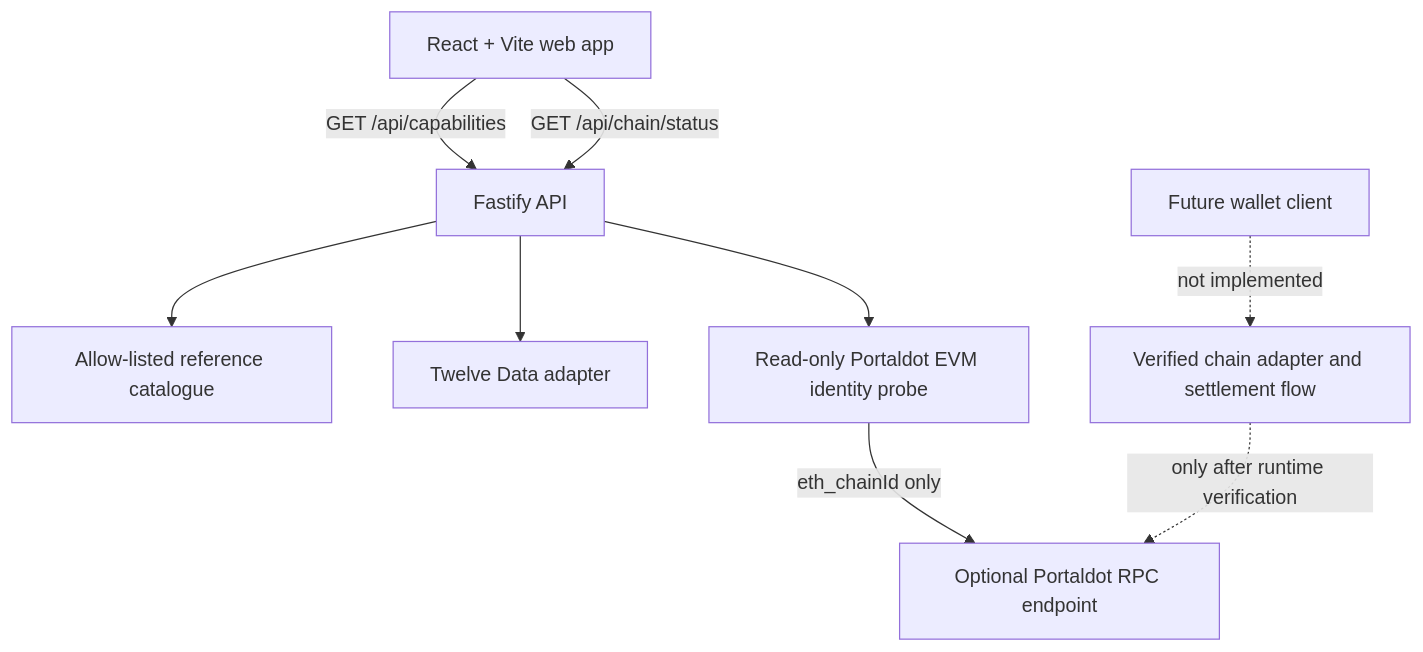
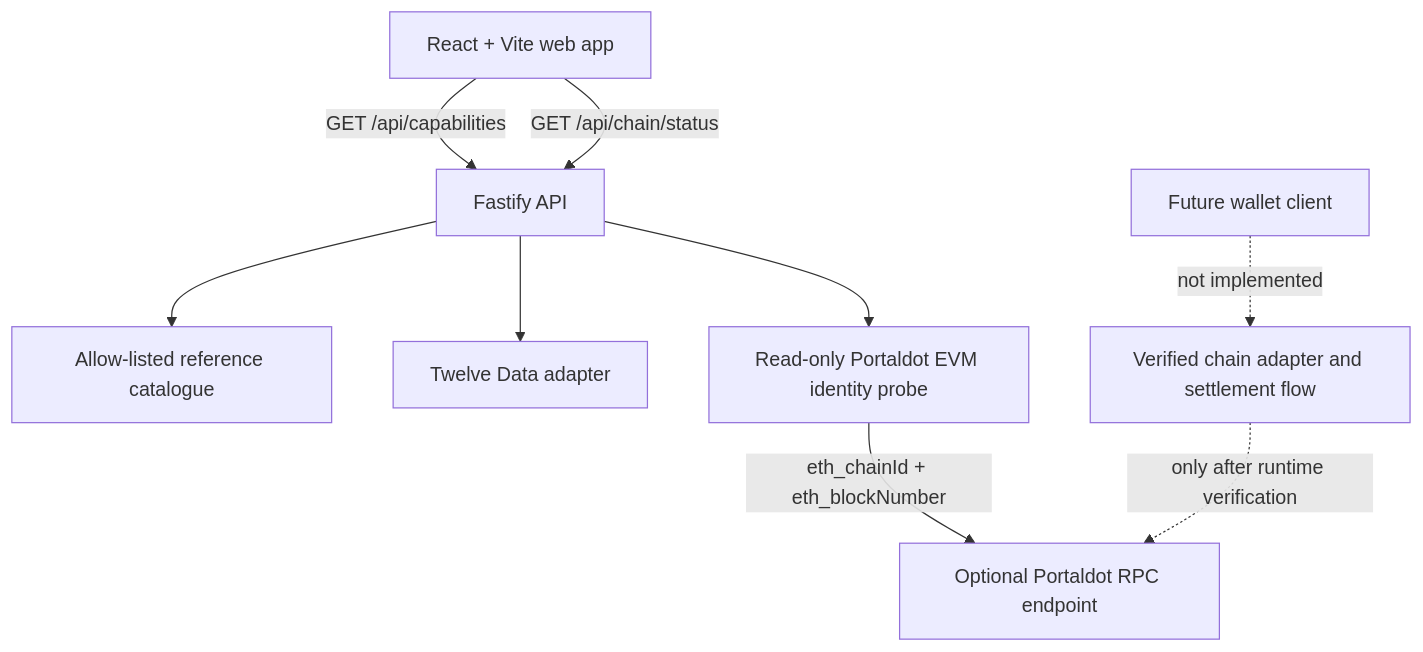
Before and after one commit to Investorquab/PASTX: the diagram in docs/ARCHITECTURE.md, drawn with Mermaid. The commit also changed other lines of this file and 5 other files, not shown here.

Commit message:
docs: align release guidance with chain and block probe

````diff
--- a/docs/ARCHITECTURE.md
+++ b/docs/ARCHITECTURE.md
@@ -26,20 +26,20 @@
 ```mermaid
 flowchart TD
   WEB[React + Vite web app]
   API[Fastify API]
   CATALOG[Allow-listed reference catalogue]
   DATA[Twelve Data adapter]
   CHAIN[Read-only Portaldot EVM identity probe]
   RPC[Optional Portaldot RPC endpoint]
   FUTURE[Future wallet client]
   VERIFY[Verified chain adapter and settlement flow]
 
   WEB -->|GET /api/capabilities| API
   WEB -->|GET /api/chain/status| API
   API --> CATALOG
   API --> DATA
   API --> CHAIN
-  CHAIN -->|eth_chainId only| RPC
+  CHAIN -->|eth_chainId + eth_blockNumber| RPC
   FUTURE -. not implemented .-> VERIFY
   VERIFY -. only after runtime verification .-> RPC
 ```
````
